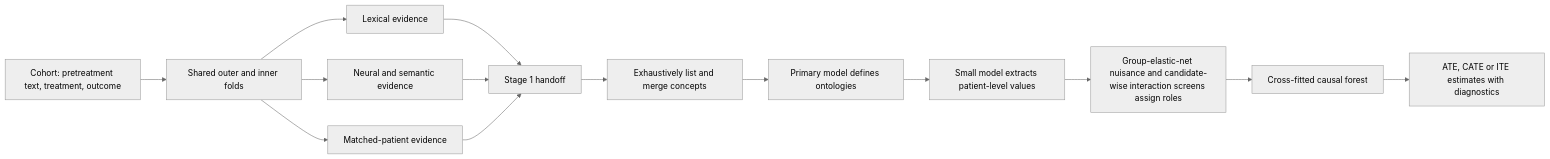
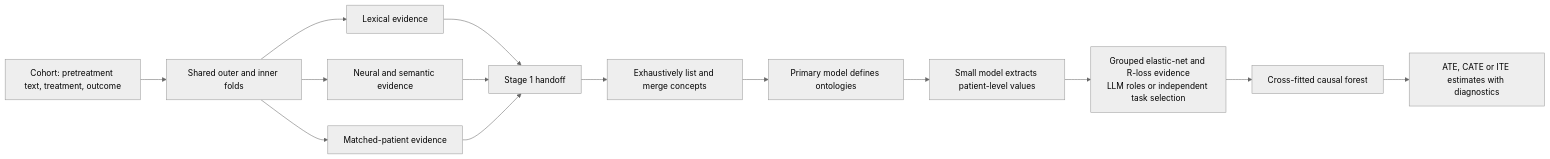
Before and after one commit to kenlkehl/onc-causal-inference: the first of 3 diagrams in README.md, drawn with Mermaid (neutral theme). The commit also changed other lines of this file and 5 other files, not shown here.

````diff
--- a/README.md
+++ b/README.md
@@ -225,16 +228,16 @@
 ```mermaid
 flowchart LR
     A["Cohort: pretreatment text, treatment, outcome"] --> B["Shared outer and inner folds"]
     B --> C1["Lexical evidence"]
     B --> C2["Neural and semantic evidence"]
     B --> C3["Matched-patient evidence"]
     C1 --> D["Stage 1 handoff"]
     C2 --> D
     C3 --> D
     D --> E["Exhaustively list and merge concepts"]
     E --> F["Primary model defines ontologies"]
     F --> G["Small model extracts patient-level values"]
-    G --> H["Group-elastic-net nuisance and candidate-wise interaction screens assign roles"]
+    G --> H["Grouped elastic-net and R-loss evidence<br/>LLM roles or independent task selection"]
     H --> J["Cross-fitted causal forest"]
     J --> I["ATE, CATE or ITE estimates with diagnostics"]
 ```
````
